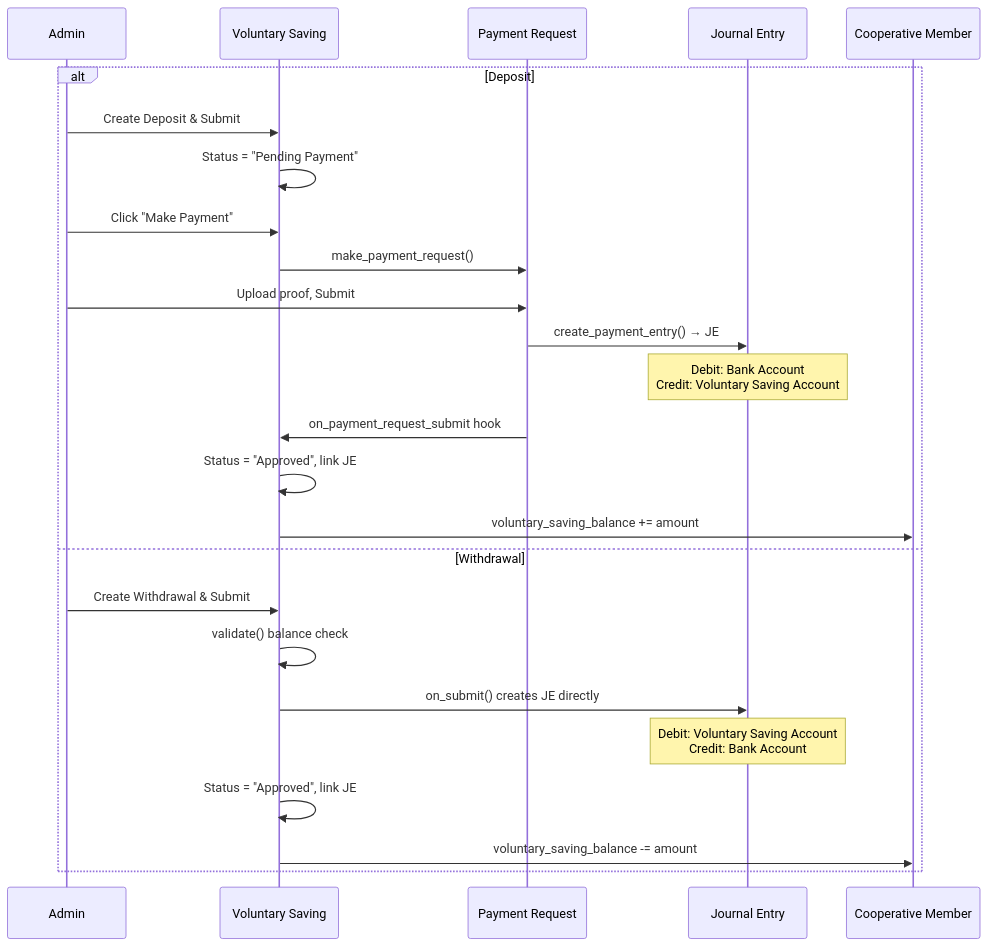
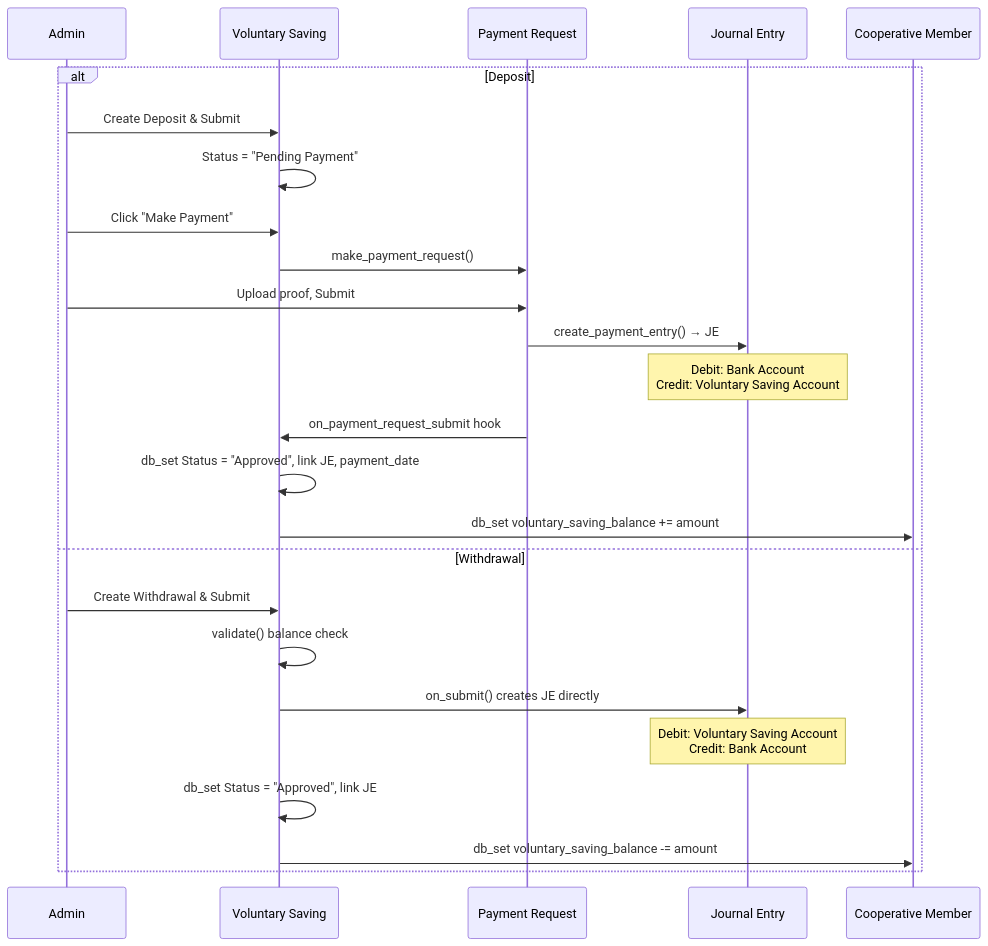
One commit to Irfan234-afif/webshop changed the fourth of 4 diagrams in docs/SAVING_DOCUMENTATION.md. Above: the diagram before and after it, drawn with Mermaid. The commit also changed other lines of this file and 22 other files, not shown here.

Commit message:
feat: Implement cooperative member registration workflow and introduce Mandatory and Voluntary Saving doctypes.

````diff
--- a/docs/SAVING_DOCUMENTATION.md
+++ b/docs/SAVING_DOCUMENTATION.md
@@ -233,28 +251,28 @@
 ```mermaid
 sequenceDiagram
     participant Admin
     participant VS as Voluntary Saving
     participant PR as Payment Request
     participant JE as Journal Entry
     participant CM as Cooperative Member
 
     alt Deposit
         Admin->>VS: Create Deposit & Submit
         VS->>VS: Status = "Pending Payment"
         Admin->>VS: Click "Make Payment"
         VS->>PR: make_payment_request()
         Admin->>PR: Upload proof, Submit
         PR->>JE: create_payment_entry() → JE
         Note over JE: Debit: Bank Account<br/>Credit: Voluntary Saving Account
         PR->>VS: on_payment_request_submit hook
-        VS->>VS: Status = "Approved", link JE
-        VS->>CM: voluntary_saving_balance += amount
+        VS->>VS: db_set Status = "Approved", link JE, payment_date
+        VS->>CM: db_set voluntary_saving_balance += amount
     else Withdrawal
         Admin->>VS: Create Withdrawal & Submit
         VS->>VS: validate() balance check
         VS->>JE: on_submit() creates JE directly
         Note over JE: Debit: Voluntary Saving Account<br/>Credit: Bank Account
-        VS->>VS: Status = "Approved", link JE
-        VS->>CM: voluntary_saving_balance -= amount
+        VS->>VS: db_set Status = "Approved", link JE
+        VS->>CM: db_set voluntary_saving_balance -= amount
     end
 ```
````
